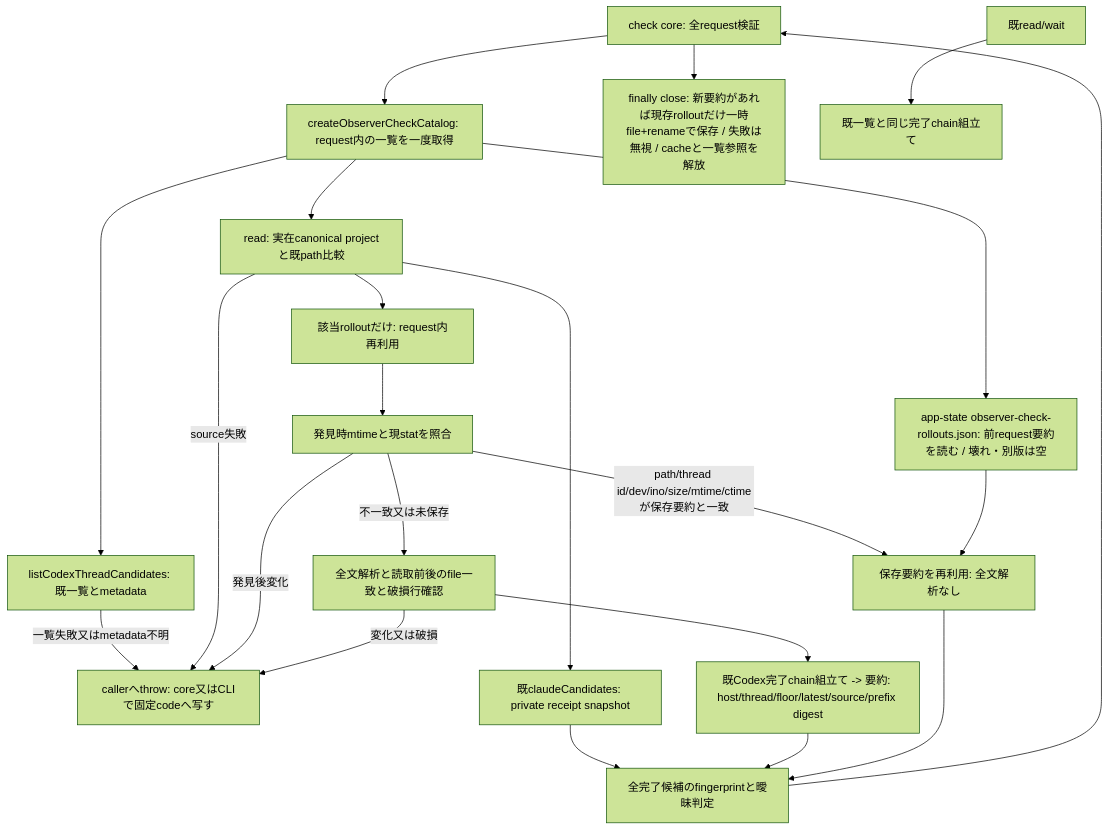
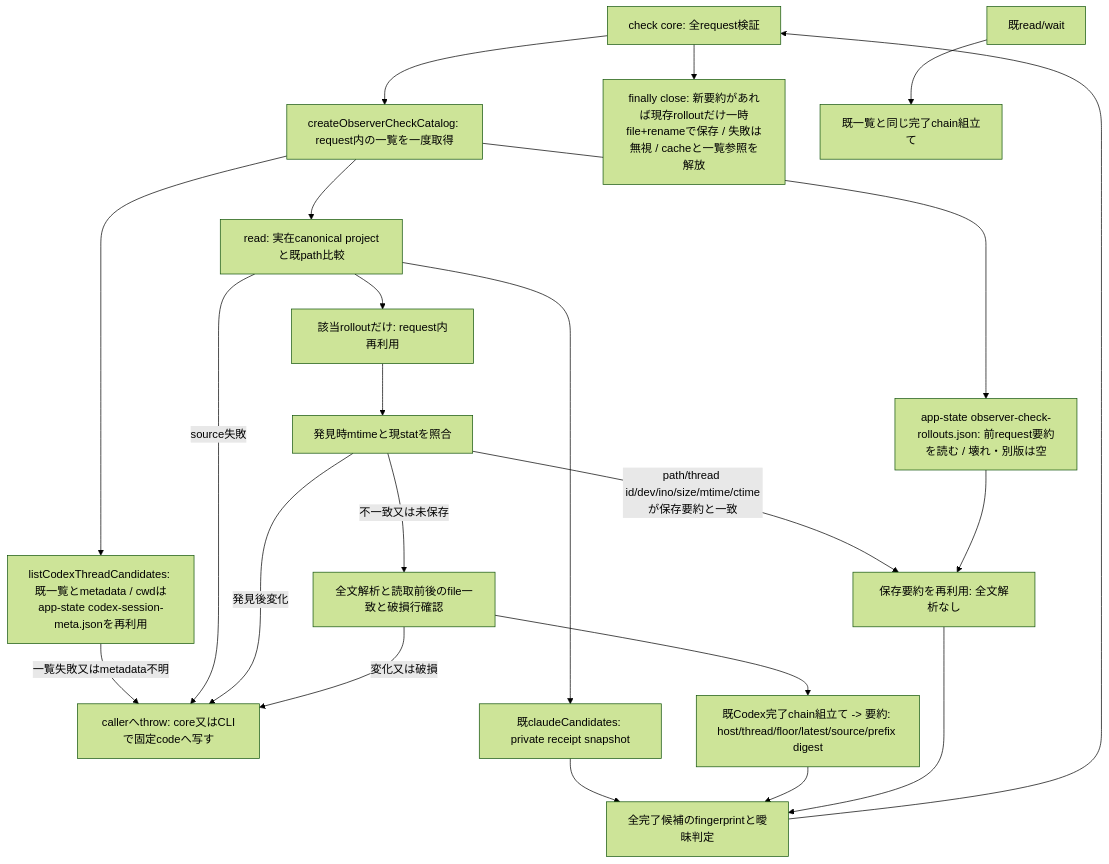
Before and after one commit to kitepon/Throughline: the first of 3 diagrams in docs/architecture/observer-check.md, drawn with Mermaid (forest theme). The commit also changed other lines of this file and 10 other files, not shown here.

````diff
--- a/docs/architecture/observer-check.md
+++ b/docs/architecture/observer-check.md
@@ -5,24 +5,24 @@
 ```mermaid
 flowchart TD
   Core[check core: 全request検証] --> Catalog[createObserverCheckCatalog: request内の一覧を一度取得]
-  Catalog --> Index[listCodexThreadCandidates: 既一覧とmetadata]
+  Catalog --> Index[listCodexThreadCandidates: 既一覧とmetadata / cwdはapp-state codex-session-meta.jsonを再利用]
   Index -->|一覧失敗又はmetadata不明| Error
   Catalog --> Store[app-state observer-check-rollouts.json: 前request要約を読む / 壊れ・別版は空]
   Catalog --> Project[read: 実在canonical projectと既path比較]
   Project --> Receipt[既claudeCandidates: private receipt snapshot]
   Project --> Cache[該当rolloutだけ: request内再利用]
   Cache --> Stat[発見時mtimeと現statを照合]
   Stat -->|path/thread id/dev/ino/size/mtime/ctimeが保存要約と一致| Summary[保存要約を再利用: 全文解析なし]
   Stat -->|不一致又は未保存| Guard[全文解析と読取前後のfile一致と破損行確認]
   Guard --> Chain[既Codex完了chain組立て -> 要約: host/thread/floor/latest/source/prefix digest]
   Store --> Summary
   Receipt --> Result[全完了候補のfingerprintと曖昧判定]
   Chain --> Result
   Summary --> Result
   Result --> Core
   Project -->|source失敗| Error[callerへthrow: core又はCLIで固定codeへ写す]
   Stat -->|発見後変化| Error
   Guard -->|変化又は破損| Error
   Core --> Cleanup[finally close: 新要約があれば現存rolloutだけ一時file+renameで保存 / 失敗は無視 / cacheと一覧参照を解放]
   Existing[既read/wait] --> Legacy[既一覧と同じ完了chain組立て]
 ```
````
